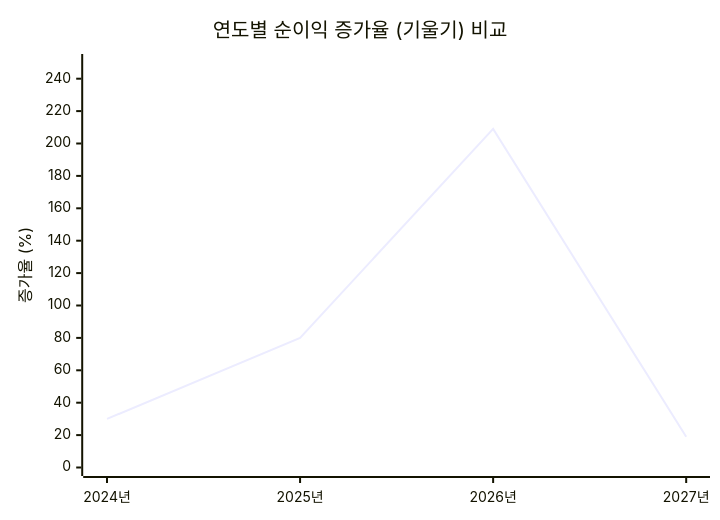
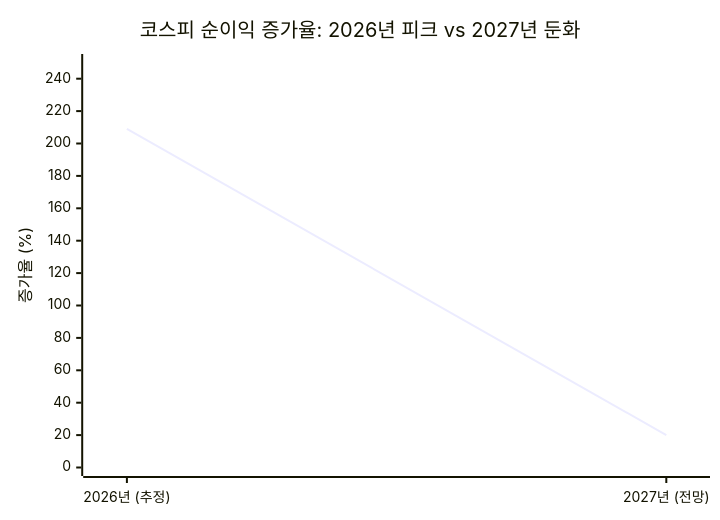
Before and after one commit to kji6252/kji6252.github.io: the third of 4 diagrams in _posts/2026-05-21-wepoll-buddy-buddy-kospi8000.md, drawn with Mermaid. The commit also changed other lines of this file, not shown here.

````diff
--- a/_posts/2026-05-21-wepoll-buddy-buddy-kospi8000.md
+++ b/_posts/2026-05-21-wepoll-buddy-buddy-kospi8000.md
@@ -80,7 +80,7 @@
 ```mermaid
 xychart-beta
-    title "연도별 순이익 증가율 (기울기) 비교"
-    x-axis ["2024년", "2025년", "2026년", "2027년"]
+    title "코스피 순이익 증가율: 2026년 피크 vs 2027년 둔화"
+    x-axis ["2026년 (추정)", "2027년 (전망)"]
     y-axis "증가율 (%)" 0 --> 250
-    line [30, 80, 209, 19]
+    line [209, 20]
 ```
````
